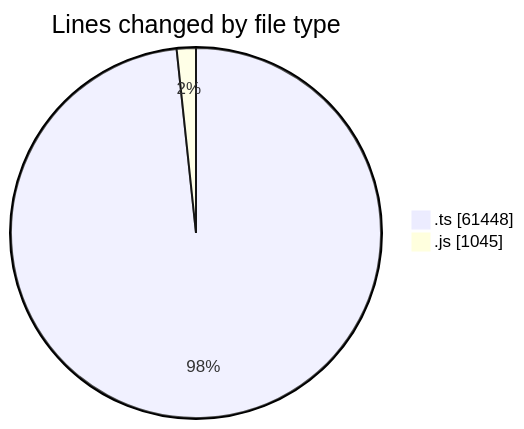
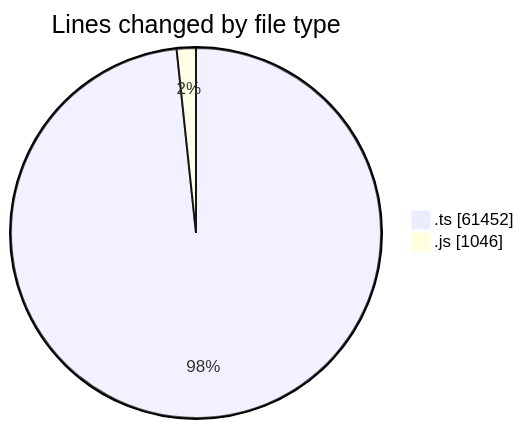
The first of 2 diagrams in 2025-09-29/cda/README.md (momahboobian/code-tracking), drawn with Mermaid before and after one commit. The commit also changed other lines of this file and 1 other file, not shown here.

````diff
--- a/2025-09-29/cda/README.md
+++ b/2025-09-29/cda/README.md
@@ -27,6 +27,6 @@
 ```mermaid
 pie showData
 title Lines changed by file type
-".ts" : 61448
-".js" : 1045
+".ts" : 61452
+".js" : 1046
 ```
````
